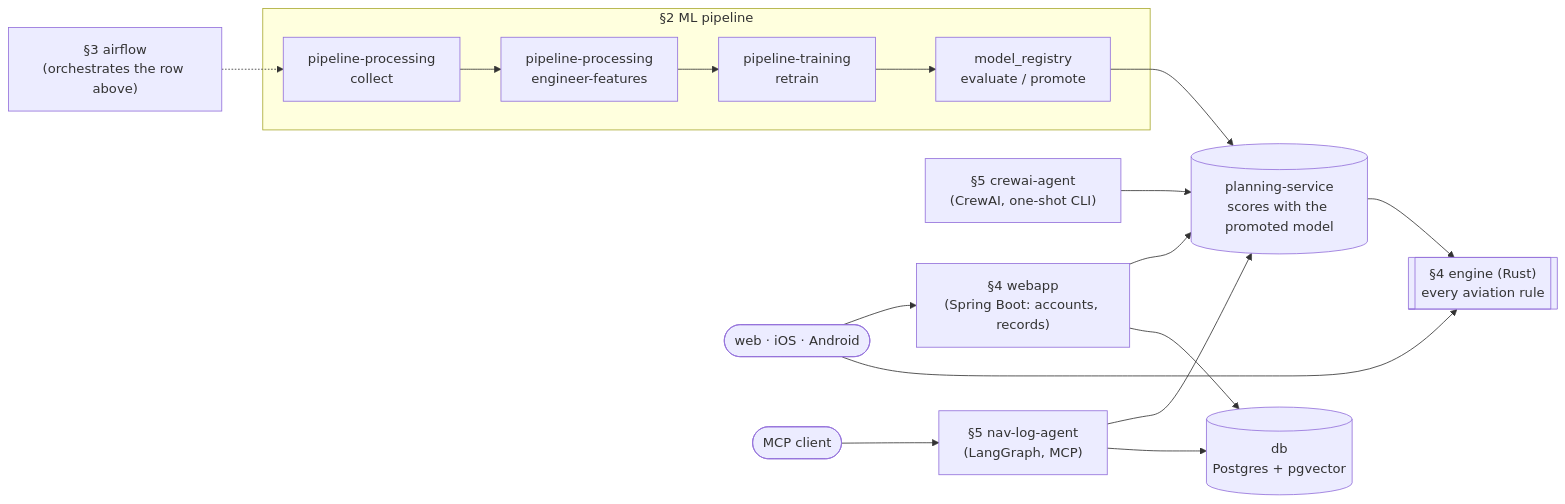
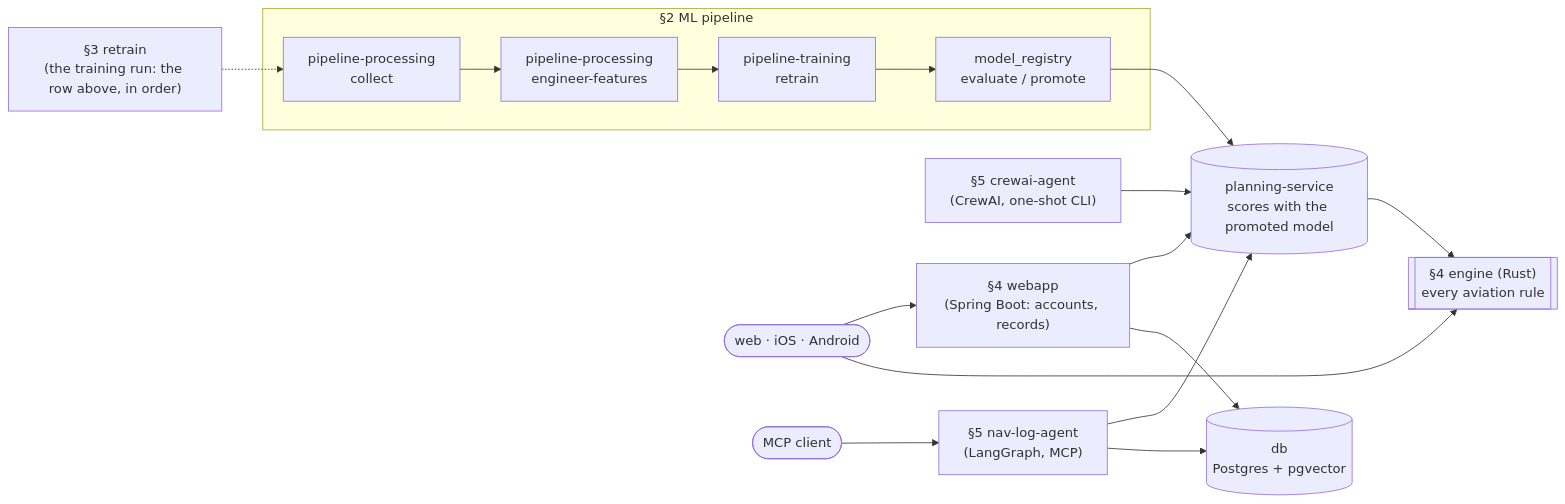
Before and after one commit to asdaq-samir/flight_plan: the first of 4 diagrams in docs/LEARNING-GUIDE.md, drawn with Mermaid. The commit also changed other lines of this file and 51 other files, not shown here.

````diff
--- a/docs/LEARNING-GUIDE.md
+++ b/docs/LEARNING-GUIDE.md
@@ -41,23 +41,23 @@
 ```mermaid
 flowchart LR
     subgraph pipeline["§2 ML pipeline"]
         collect[pipeline-processing<br/>collect] --> engineer[pipeline-processing<br/>engineer-features]
         engineer --> retrain[pipeline-training<br/>retrain]
         retrain --> registry[model_registry<br/>evaluate / promote]
     end
-    airflow["§3 airflow<br/>(orchestrates the row above)"] -.-> collect
+    run["§3 retrain<br/>(the training run: the row above, in order)"] -.-> collect
 
     registry --> planner[("planning-service<br/>scores with the promoted model")]
 
     webapp["§4 webapp<br/>(Spring Boot: accounts, records)"] --> planner
     webapp --> db[("db<br/>Postgres + pgvector")]
     planner --> engine[["§4 engine (Rust)<br/>every aviation rule"]]
     apps([web · iOS · Android]) --> webapp
     apps --> engine
 
     navlog["§5 nav-log-agent<br/>(LangGraph, MCP)"] --> planner
     navlog --> db
     crewai["§5 crewai-agent<br/>(CrewAI, one-shot CLI)"] --> planner
 
     mcpclient([MCP client]) --> navlog
 ```
````
